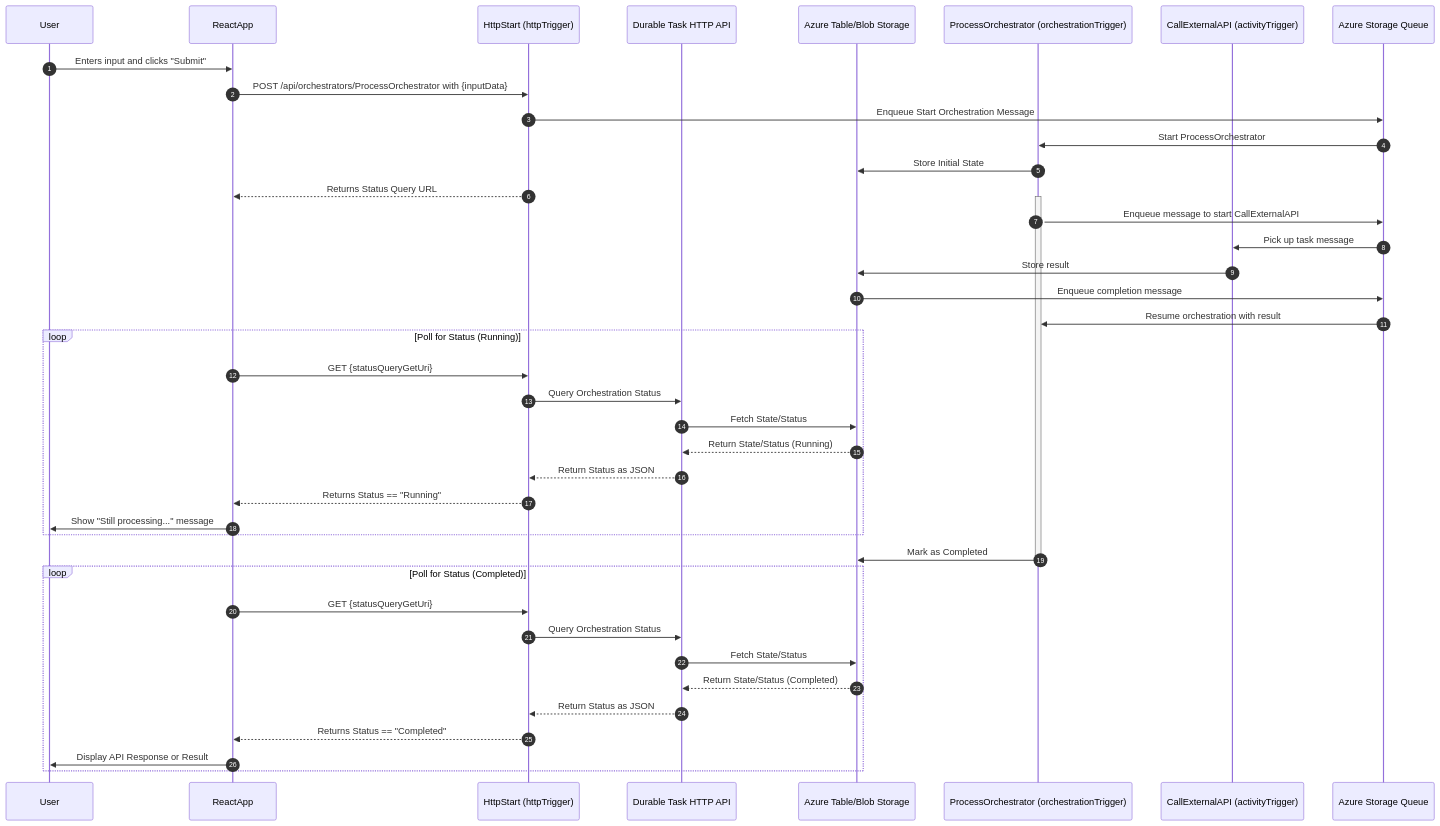
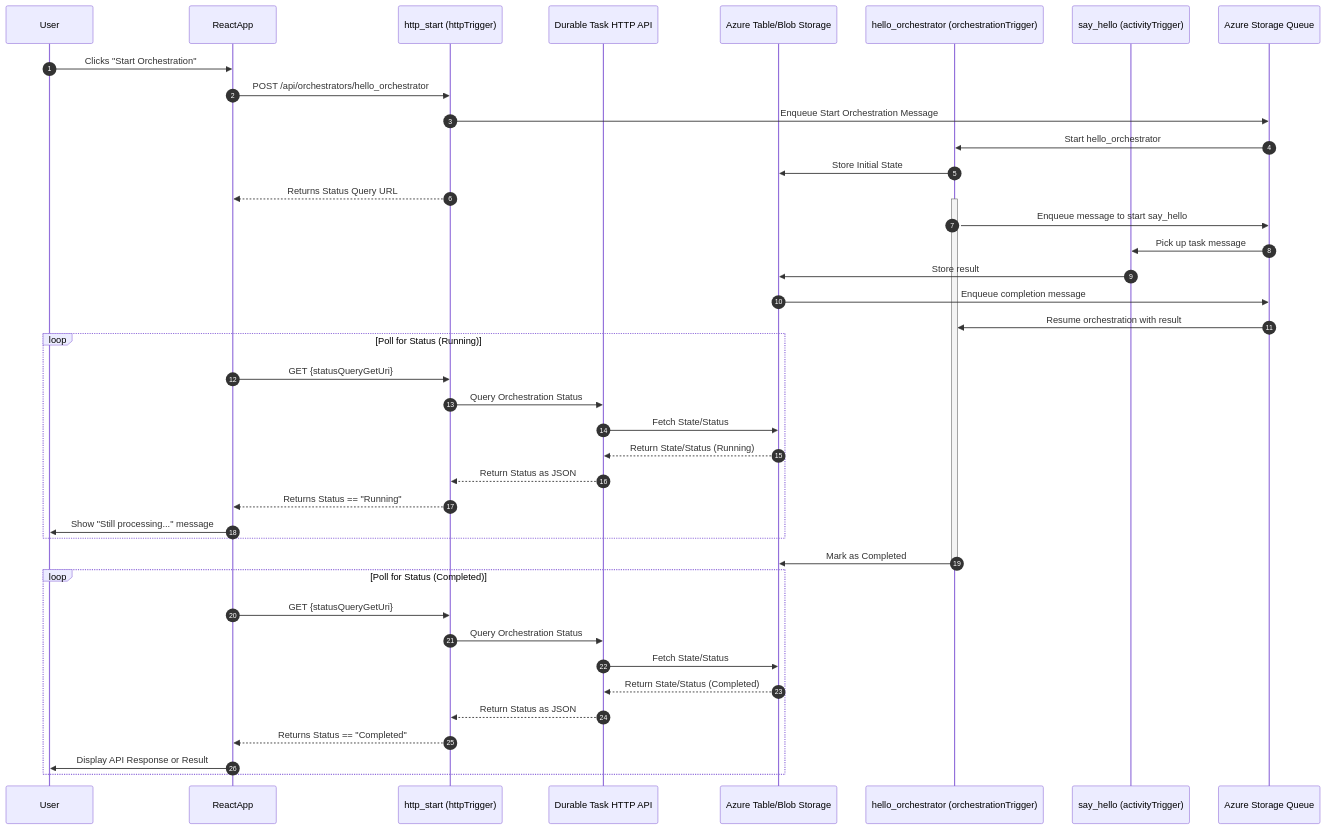
Before and after one commit to rukasakurai/durable_test_app: the diagram in README.md, drawn with Mermaid. The commit also changed 1 other file, not shown here.

Commit message:
Refactor GitHub Actions workflow and update sequence diagram participant names for clarity (#24)

````diff
--- a/README.md
+++ b/README.md
@@ -7,52 +7,52 @@
 ```mermaid
 sequenceDiagram
    autonumber
    participant User
    participant ReactApp
-   participant HttpStart as HttpStart (httpTrigger)
+   participant HttpStart as http_start (httpTrigger)
    participant DurableTaskAPI as Durable Task HTTP API
    participant AzureStorage as Azure Table/Blob Storage
-   participant Orchestrator as ProcessOrchestrator (orchestrationTrigger)
-   participant Activity as CallExternalAPI (activityTrigger)
+   participant Orchestrator as hello_orchestrator (orchestrationTrigger)
+   participant Activity as say_hello (activityTrigger)
    participant AzureStorageQueue as Azure Storage Queue
 
-   User->>ReactApp: Enters input and clicks "Submit"
-   ReactApp->>HttpStart: POST /api/orchestrators/ProcessOrchestrator with {inputData}
+   User->>ReactApp: Clicks "Start Orchestration"
+   ReactApp->>HttpStart: POST /api/orchestrators/hello_orchestrator
    HttpStart->>AzureStorageQueue: Enqueue Start Orchestration Message
-   AzureStorageQueue->>Orchestrator: Start ProcessOrchestrator
+   AzureStorageQueue->>Orchestrator: Start hello_orchestrator
    Orchestrator->>AzureStorage: Store Initial State
    HttpStart-->>ReactApp: Returns Status Query URL
 
    activate Orchestrator
-   Orchestrator->>AzureStorageQueue: Enqueue message to start CallExternalAPI
+   Orchestrator->>AzureStorageQueue: Enqueue message to start say_hello
    AzureStorageQueue->>Activity: Pick up task message
    Activity->>AzureStorage: Store result
    AzureStorage->>AzureStorageQueue: Enqueue completion message
    AzureStorageQueue->>Orchestrator: Resume orchestration with result
 
    %% Poll for Status - Running Scenario
    loop Poll for Status (Running)
       ReactApp->>HttpStart: GET {statusQueryGetUri}
       HttpStart->>DurableTaskAPI: Query Orchestration Status
       DurableTaskAPI->>AzureStorage: Fetch State/Status
       AzureStorage-->>DurableTaskAPI: Return State/Status (Running)
       DurableTaskAPI-->>HttpStart: Return Status as JSON
       HttpStart-->>ReactApp: Returns Status == "Running"
       ReactApp->>User: Show "Still processing..." message
    end
 
    %% Orchestration Completes
    Orchestrator->>AzureStorage: Mark as Completed
    deactivate Orchestrator
 
    %% Poll for Status - Completed Scenario
    loop Poll for Status (Completed)
       ReactApp->>HttpStart: GET {statusQueryGetUri}
       HttpStart->>DurableTaskAPI: Query Orchestration Status
       DurableTaskAPI->>AzureStorage: Fetch State/Status
       AzureStorage-->>DurableTaskAPI: Return State/Status (Completed)
       DurableTaskAPI-->>HttpStart: Return Status as JSON
       HttpStart-->>ReactApp: Returns Status == "Completed"
       ReactApp->>User: Display API Response or Result
    end
 ```
````
